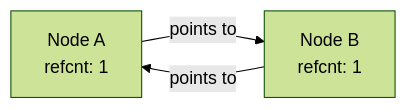
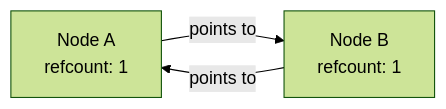
One commit to 1345AbhishekKumar/cs-cookbook changed the second of 3 diagrams in content/docs/learn-python/03-advanced/05-memory-management-and-gc.mdx. Above: the diagram before and after it, drawn with Mermaid (forest theme). The commit also changed other lines of this file and 124 other files, not shown here.

````diff
--- a/content/docs/learn-python/03-advanced/05-memory-management-and-gc.mdx
+++ b/content/docs/learn-python/03-advanced/05-memory-management-and-gc.mdx
@@ -55,5 +82,5 @@
 ```mermaid
 flowchart LR
-    NODE_A["Node A<br/>refcnt: 1"] -->|points to| NODE_B["Node B<br/>refcnt: 1"]
+    NODE_A["Node A<br/>refcount: 1"] -->|points to| NODE_B["Node B<br/>refcount: 1"]
     NODE_B -->|points to| NODE_A
 ```
````
